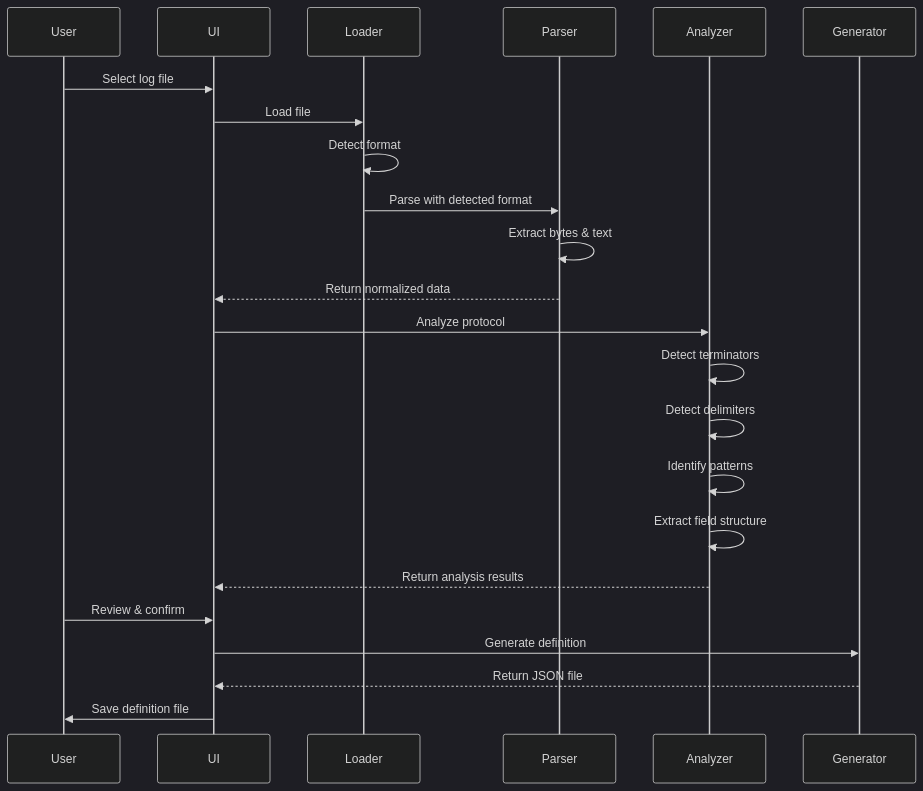
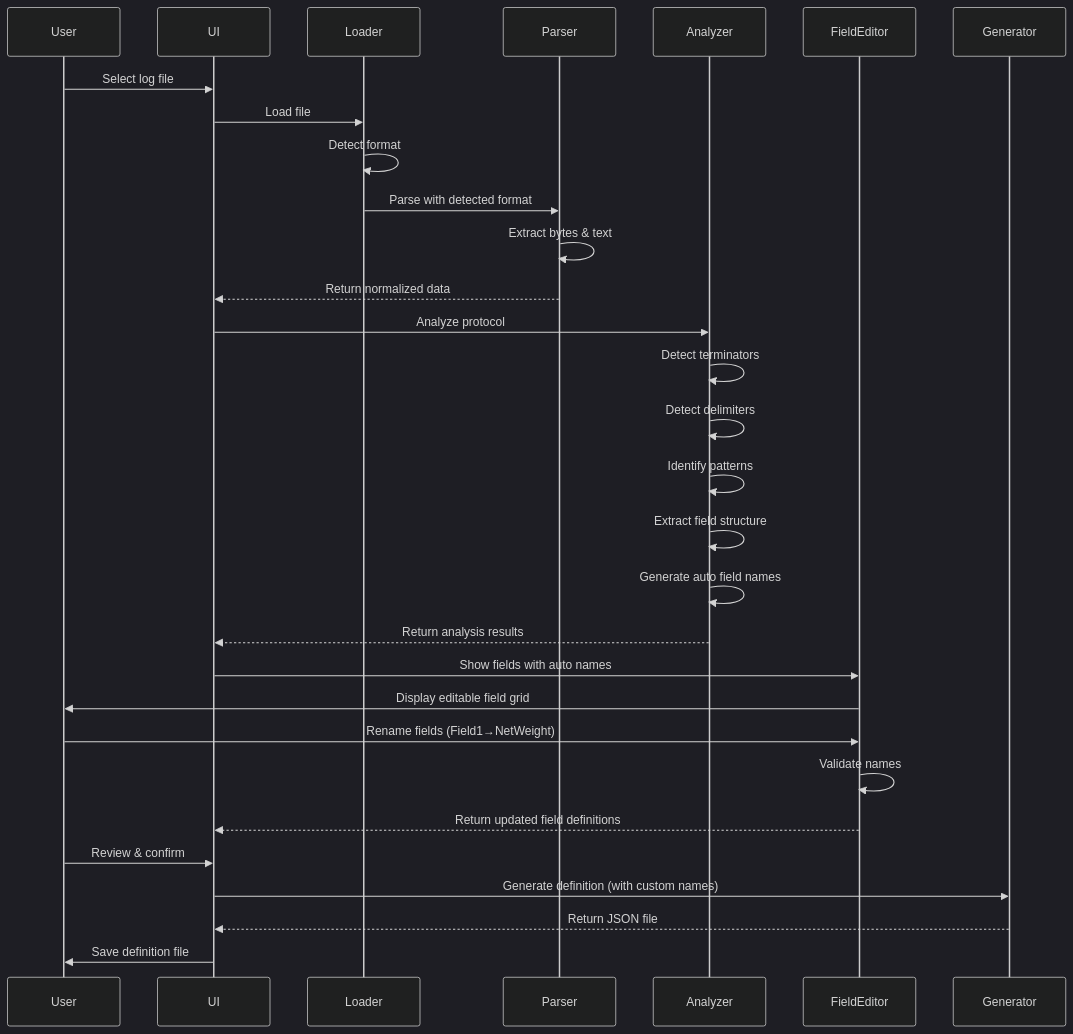
Before and after one commit to chumpon-asaneerat/NSerialCommTools: the third of 5 diagrams in Documents/ModernDesign/02-System-Architecture.md, drawn with Mermaid (dark theme). The commit also changed other lines of this file and 3 other files, not shown here.

````diff
--- a/Documents/ModernDesign/02-System-Architecture.md
+++ b/Documents/ModernDesign/02-System-Architecture.md
@@ -473,26 +473,33 @@
 ```mermaid
 sequenceDiagram
     participant User
     participant UI
     participant Loader
     participant Parser
     participant Analyzer
+    participant FieldEditor
     participant Generator
 
     User->>UI: Select log file
     UI->>Loader: Load file
     Loader->>Loader: Detect format
     Loader->>Parser: Parse with detected format
     Parser->>Parser: Extract bytes & text
     Parser-->>UI: Return normalized data
     UI->>Analyzer: Analyze protocol
     Analyzer->>Analyzer: Detect terminators
     Analyzer->>Analyzer: Detect delimiters
     Analyzer->>Analyzer: Identify patterns
     Analyzer->>Analyzer: Extract field structure
+    Analyzer->>Analyzer: Generate auto field names
     Analyzer-->>UI: Return analysis results
+    UI->>FieldEditor: Show fields with auto names
+    FieldEditor->>User: Display editable field grid
+    User->>FieldEditor: Rename fields (Field1→NetWeight)
+    FieldEditor->>FieldEditor: Validate names
+    FieldEditor-->>UI: Return updated field definitions
     User->>UI: Review & confirm
-    UI->>Generator: Generate definition
+    UI->>Generator: Generate definition (with custom names)
     Generator-->>UI: Return JSON file
     UI->>User: Save definition file
 ```
````
